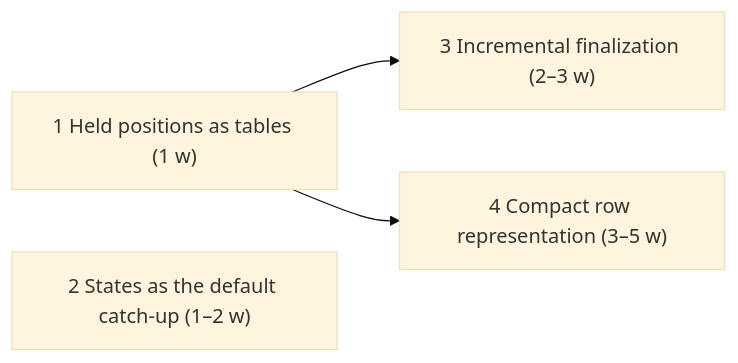
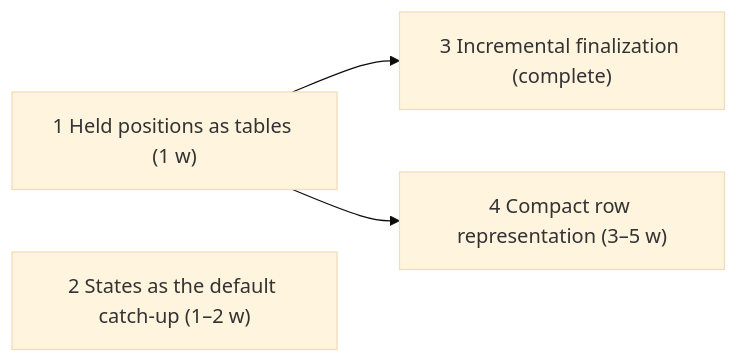
One commit to BierDav/rocky changed the diagram in docs/features_10/README.md. Above: the diagram before and after it, drawn with Mermaid (base theme). The commit also changed other lines of this file and 519 other files, not shown here.

````diff
--- a/docs/features_10/README.md
+++ b/docs/features_10/README.md
@@ -82,6 +80,6 @@
 ```mermaid
 flowchart LR
-    P1["1 Held positions as tables (1 w)"] --> P3["3 Incremental finalization (2–3 w)"]
+    P1["1 Held positions as tables (1 w)"] --> P3["3 Incremental finalization (complete)"]
     P1 --> P4["4 Compact row representation (3–5 w)"]
     P2["2 States as the default catch-up (1–2 w)"]
 ```
````
